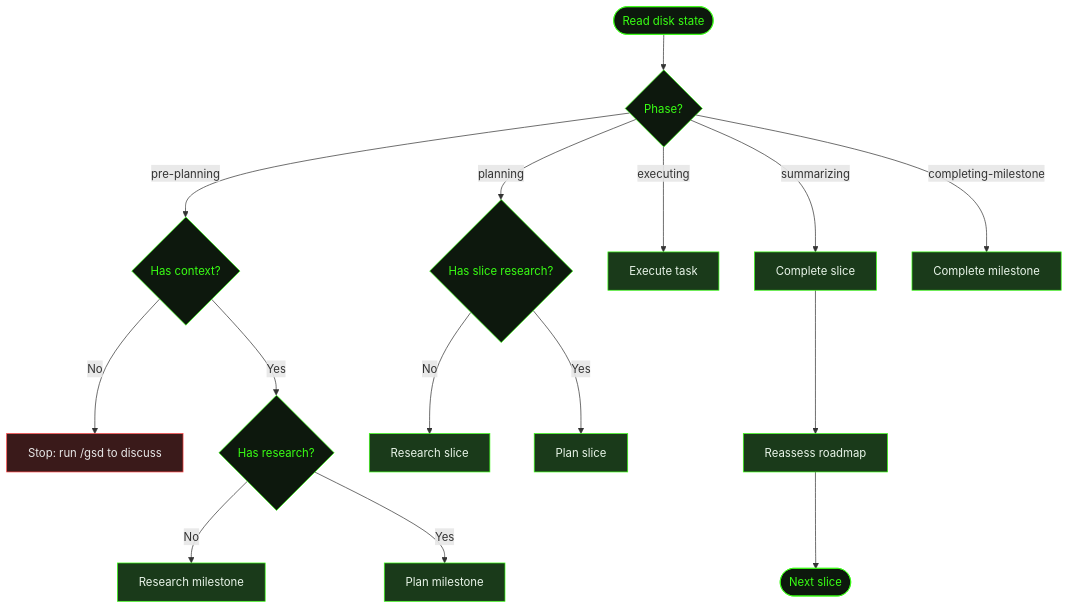
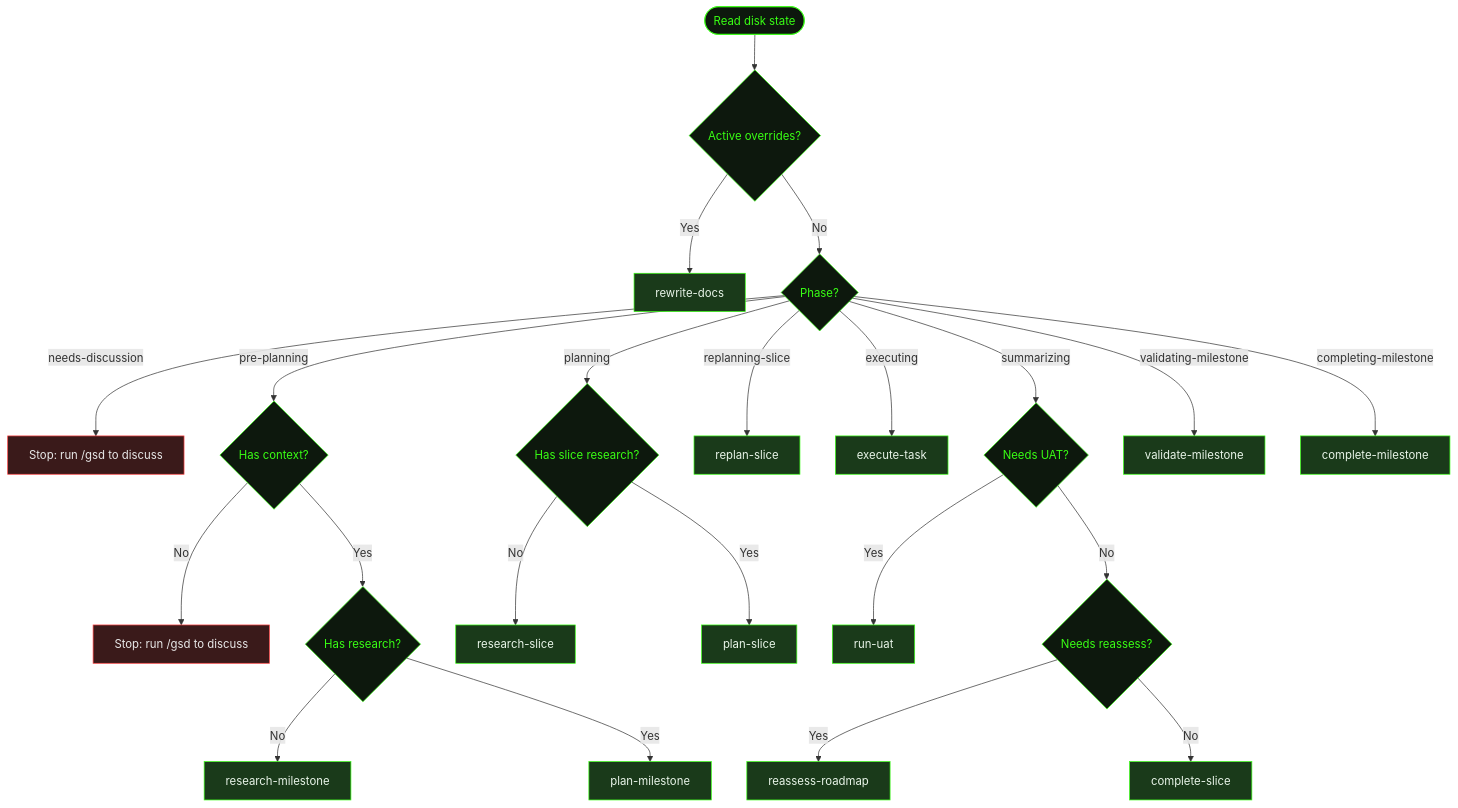
The second of 2 diagrams in src/content/docs/user-guide/developing-with-gsd.mdx (shusha-group/gsd2-guide), drawn with Mermaid before and after one commit. The commit also changed other lines of this file and 49 other files, not shown here.

````diff
--- a/src/content/docs/user-guide/developing-with-gsd.mdx
+++ b/src/content/docs/user-guide/developing-with-gsd.mdx
@@ -247,38 +295,53 @@
 ```mermaid
 flowchart TD
-    Start([Read disk state]) --> Check{Phase?}
+    Start([Read disk state]) --> OG{Active overrides?}
+    OG -->|Yes| RD[rewrite-docs]
+    OG -->|No| Check{Phase?}
 
+    Check -->|needs-discussion| Stop1[Stop: run /gsd to discuss]
     Check -->|pre-planning| NeedCtx{Has context?}
-    NeedCtx -->|No| Stop1[Stop: run /gsd to discuss]
+    NeedCtx -->|No| Stop2[Stop: run /gsd to discuss]
     NeedCtx -->|Yes| NeedRes{Has research?}
-    NeedRes -->|No| RM[Research milestone]
-    NeedRes -->|Yes| PM[Plan milestone]
+    NeedRes -->|No| RM[research-milestone]
+    NeedRes -->|Yes| PM[plan-milestone]
 
     Check -->|planning| SR{Has slice research?}
-    SR -->|No| RS[Research slice]
-    SR -->|Yes| PS[Plan slice]
+    SR -->|No| RS[research-slice]
+    SR -->|Yes| PS[plan-slice]
 
-    Check -->|executing| ET[Execute task]
+    Check -->|replanning-slice| RP[replan-slice]
 
-    Check -->|summarizing| CS[Complete slice]
-    CS --> RA[Reassess roadmap]
-    RA --> Next([Next slice])
+    Check -->|executing| ET[execute-task]
 
-    Check -->|completing-milestone| CM[Complete milestone]
+    Check -->|summarizing| NeedUAT{Needs UAT?}
+    NeedUAT -->|Yes| UAT[run-uat]
+    NeedUAT -->|No| NeedRA{Needs reassess?}
+    NeedRA -->|Yes| RA[reassess-roadmap]
+    NeedRA -->|No| CS[complete-slice]
+
+    Check -->|validating-milestone| VM[validate-milestone]
+    Check -->|completing-milestone| CM[complete-milestone]
 
     style Start fill:#0d180d,stroke:#39ff14,color:#39ff14
+    style OG fill:#0d180d,stroke:#39ff14,color:#39ff14
     style Check fill:#0d180d,stroke:#39ff14,color:#39ff14
     style NeedCtx fill:#0d180d,stroke:#39ff14,color:#39ff14
     style NeedRes fill:#0d180d,stroke:#39ff14,color:#39ff14
     style SR fill:#0d180d,stroke:#39ff14,color:#39ff14
+    style NeedUAT fill:#0d180d,stroke:#39ff14,color:#39ff14
+    style NeedRA fill:#0d180d,stroke:#39ff14,color:#39ff14
+    style RD fill:#1a3a1a,stroke:#39ff14,color:#e8f4e8
     style RM fill:#1a3a1a,stroke:#39ff14,color:#e8f4e8
     style PM fill:#1a3a1a,stroke:#39ff14,color:#e8f4e8
     style RS fill:#1a3a1a,stroke:#39ff14,color:#e8f4e8
     style PS fill:#1a3a1a,stroke:#39ff14,color:#e8f4e8
+    style RP fill:#1a3a1a,stroke:#39ff14,color:#e8f4e8
     style ET fill:#1a3a1a,stroke:#39ff14,color:#e8f4e8
+    style UAT fill:#1a3a1a,stroke:#39ff14,color:#e8f4e8
+    style RA fill:#1a3a1a,stroke:#39ff14,color:#e8f4e8
     style CS fill:#1a3a1a,stroke:#39ff14,color:#e8f4e8
-    style RA fill:#1a3a1a,stroke:#39ff14,color:#e8f4e8
+    style VM fill:#1a3a1a,stroke:#39ff14,color:#e8f4e8
     style CM fill:#1a3a1a,stroke:#39ff14,color:#e8f4e8
-    style Next fill:#0d180d,stroke:#39ff14,color:#39ff14
     style Stop1 fill:#3a1a1a,stroke:#ff4444,color:#e8e8e8
+    style Stop2 fill:#3a1a1a,stroke:#ff4444,color:#e8e8e8
 ```
````
